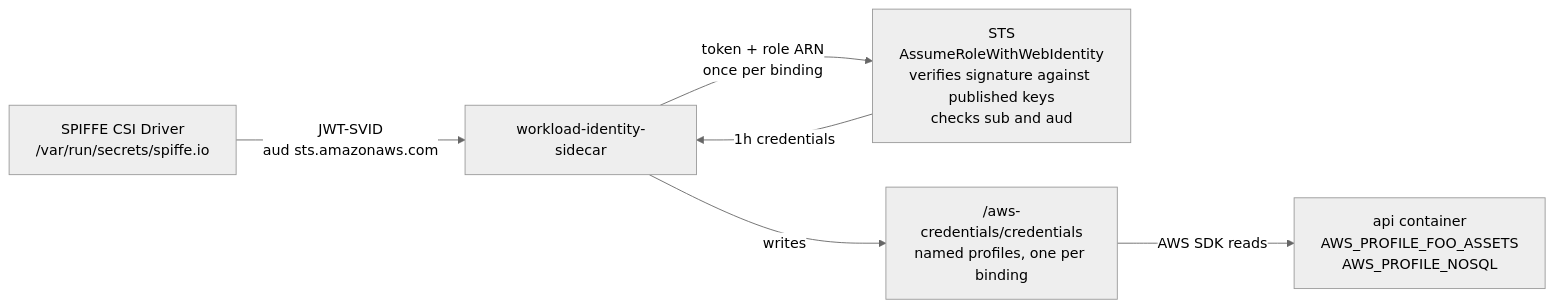
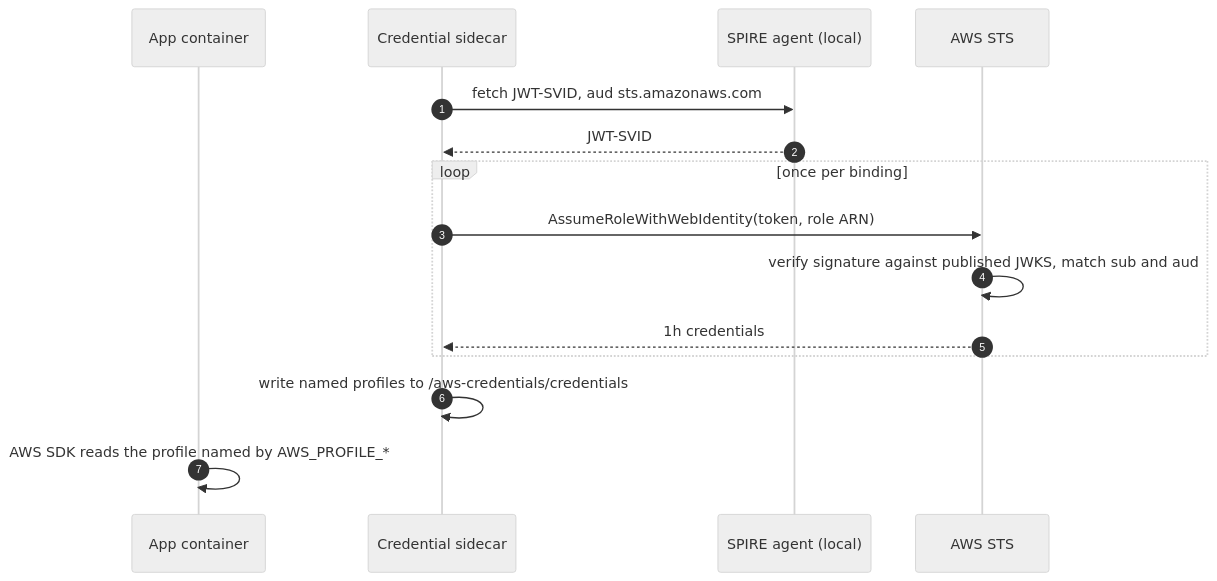
One commit to cujarrett/homelab changed the third of 4 diagrams in docs/platform-workload-identity.md. Above: the diagram before and after it, drawn with Mermaid (neutral theme). The commit also changed other lines of this file and 1 other file, not shown here.

````diff
--- a/docs/platform-workload-identity.md
+++ b/docs/platform-workload-identity.md
@@ -136,15 +133,18 @@
 ```mermaid
-%%{init: {'flowchart': {'nodeSpacing': 50, 'rankSpacing': 60}}}%%
-flowchart LR
-    csi["SPIFFE CSI Driver\n/var/run/secrets/spiffe.io"]
-    sidecar["workload-identity-sidecar"]
-    sts["STS\nAssumeRoleWithWebIdentity\nverifies signature against published keys\nchecks sub and aud"]
-    creds["/aws-credentials/credentials\nnamed profiles, one per binding"]
-    app["api container\nAWS_PROFILE_FOO_ASSETS\nAWS_PROFILE_NOSQL"]
+sequenceDiagram
+    autonumber
+    participant App as App container
+    participant SC as Credential sidecar
+    participant Agent as SPIRE agent (local)
+    participant STS as AWS STS
 
-    csi -->|"JWT-SVID\naud sts.amazonaws.com"| sidecar
-    sidecar -->|"token + role ARN\nonce per binding"| sts
-    sts -->|"1h credentials"| sidecar
-    sidecar -->|"writes"| creds
-    creds -->|"AWS SDK reads"| app
+    SC->>Agent: fetch JWT-SVID, aud sts.amazonaws.com
+    Agent-->>SC: JWT-SVID
+    loop once per binding
+        SC->>STS: AssumeRoleWithWebIdentity(token, role ARN)
+        STS->>STS: verify signature against published JWKS, match sub and aud
+        STS-->>SC: 1h credentials
+    end
+    SC->>SC: write named profiles to /aws-credentials/credentials
+    App->>App: AWS SDK reads the profile named by AWS_PROFILE_*
 ```
````
